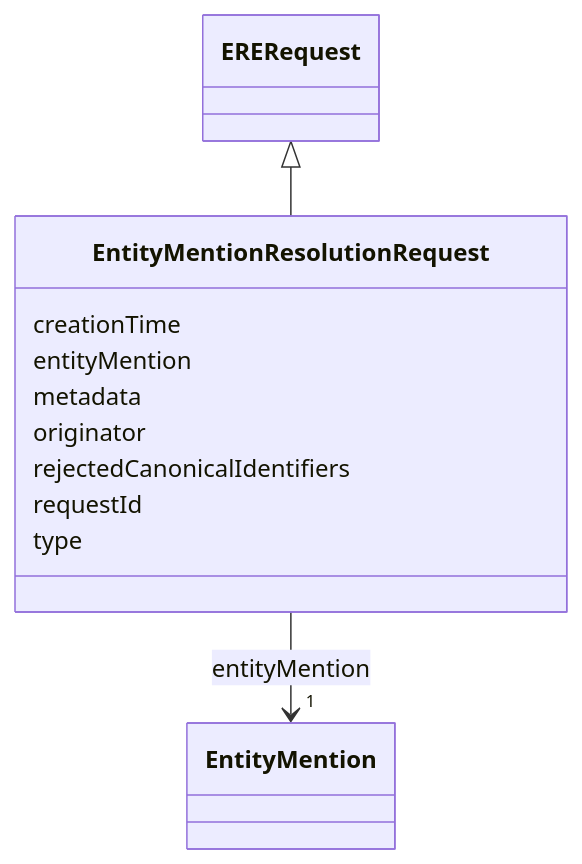
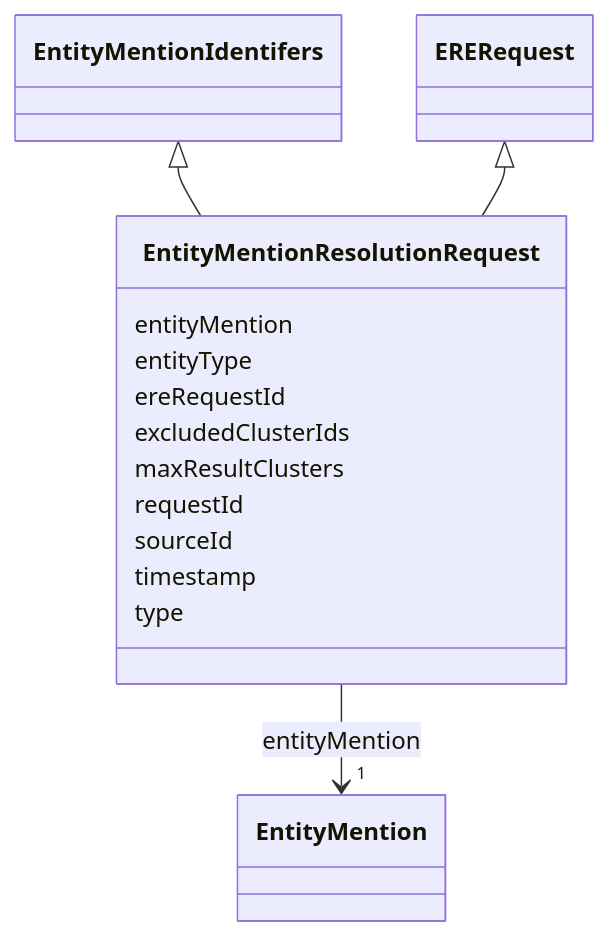
One commit to OP-TED/entity-resolution-spec changed the diagram in docs/schema/EntityMentionResolutionRequest.md. Above: the diagram before and after it, drawn with Mermaid. The commit also changed other lines of this file and 41 other files, not shown here.

Commit message:
feat: introduce the LinkML schema based on recent discussions

````diff
--- a/docs/schema/EntityMentionResolutionRequest.md
+++ b/docs/schema/EntityMentionResolutionRequest.md
@@ -20,32 +20,38 @@
 ```mermaid
  classDiagram
     class EntityMentionResolutionRequest
     click EntityMentionResolutionRequest href "../EntityMentionResolutionRequest/"
+      EntityMentionIdentifers <|-- EntityMentionResolutionRequest
+        click EntityMentionIdentifers href "../EntityMentionIdentifers/"
       ERERequest <|-- EntityMentionResolutionRequest
         click ERERequest href "../ERERequest/"
       
-      EntityMentionResolutionRequest : creationTime
-        
       EntityMentionResolutionRequest : entityMention
         
           
     
         
         
         EntityMentionResolutionRequest --> "1" EntityMention : entityMention
         click EntityMention href "../EntityMention/"
     
 
         
-      EntityMentionResolutionRequest : metadata
+      EntityMentionResolutionRequest : entityType
         
-      EntityMentionResolutionRequest : originator
+      EntityMentionResolutionRequest : ereRequestId
         
-      EntityMentionResolutionRequest : rejectedCanonicalIdentifiers
+      EntityMentionResolutionRequest : excludedClusterIds
+        
+      EntityMentionResolutionRequest : maxResultClusters
         
       EntityMentionResolutionRequest : requestId
+        
+      EntityMentionResolutionRequest : sourceId
+        
+      EntityMentionResolutionRequest : timestamp
         
       EntityMentionResolutionRequest : type
         
       
 ```
````
